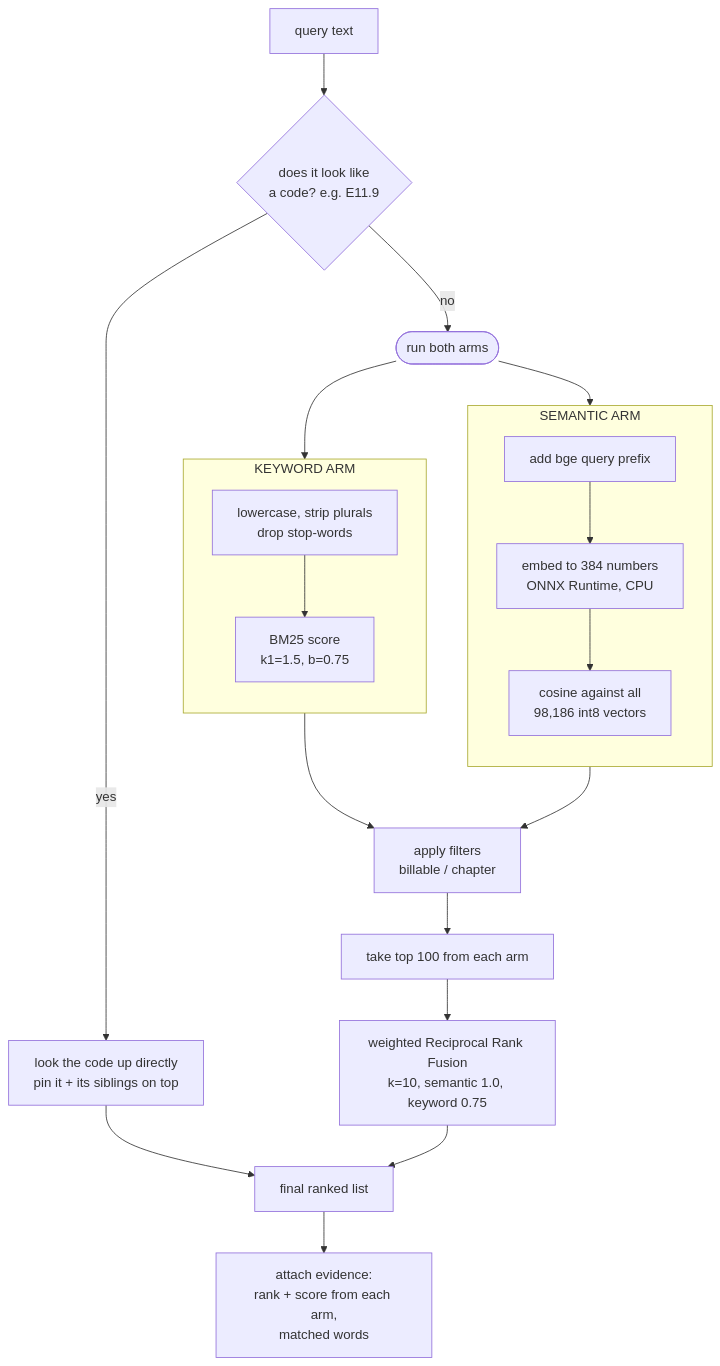
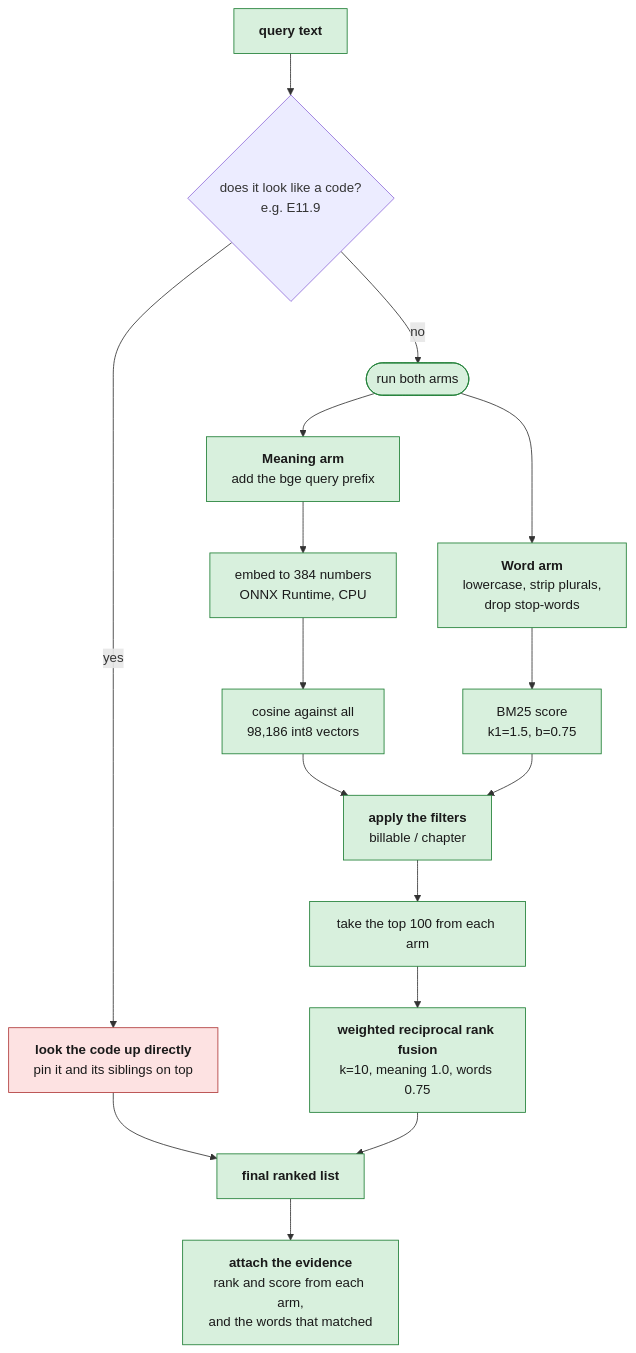
The third of 3 diagrams in README.md (Sudam23/ICD10-Hybrid-Search), drawn with Mermaid before and after one commit. The commit also changed other lines of this file and 5 other files, not shown here.

````diff
--- a/README.md
+++ b/README.md
@@ -129,27 +153,26 @@
 ```mermaid
 flowchart TD
-    A["query text"] --> B{"does it look like<br/>a code? e.g. E11.9"}
-    B -->|yes| C["look the code up directly<br/>pin it + its siblings on top"]
-    B -->|no| D(["run both arms"])
+    A["<b>query text</b>"] --> B{"does it look like a code?<br/>e.g. E11.9"}
+    B -- "yes" --> C["<b>look the code up directly</b><br/>pin it and its siblings on top"]
+    B -- "no" --> D(["run both arms"])
 
-    subgraph SEM["SEMANTIC ARM"]
-        direction TB
-        E1["add bge query prefix"] --> E2["embed to 384 numbers<br/>ONNX Runtime, CPU"]
-        E2 --> E3["cosine against all<br/>98,186 int8 vectors"]
-    end
+    D --> E1["<b>Meaning arm</b><br/>add the bge query prefix"]
+    E1 --> E2["embed to 384 numbers<br/>ONNX Runtime, CPU"]
+    E2 --> E3["cosine against all<br/>98,186 int8 vectors"]
 
-    subgraph KEY["KEYWORD ARM"]
-        direction TB
-        F1["lowercase, strip plurals<br/>drop stop-words"] --> F2["BM25 score<br/>k1=1.5, b=0.75"]
-    end
+    D --> F1["<b>Word arm</b><br/>lowercase, strip plurals,<br/>drop stop-words"]
+    F1 --> F2["BM25 score<br/>k1=1.5, b=0.75"]
 
-    D --> E1
-    D --> F1
-    E3 --> G["apply filters<br/>billable / chapter"]
+    E3 --> G["<b>apply the filters</b><br/>billable / chapter"]
     F2 --> G
-    G --> H["take top 100 from each arm"]
-    H --> I["weighted Reciprocal Rank Fusion<br/>k=10, semantic 1.0, keyword 0.75"]
-    C --> J["final ranked list"]
+    G --> H["take the top 100 from each arm"]
+    H --> I["<b>weighted reciprocal rank fusion</b><br/>k=10, meaning 1.0, words 0.75"]
+    C --> J["<b>final ranked list</b>"]
     I --> J
-    J --> K["attach evidence:<br/>rank + score from each arm,<br/>matched words"]
+    J --> K["<b>attach the evidence</b><br/>rank and score from each arm,<br/>and the words that matched"]
+
+    classDef serve fill:#d8f0dd,stroke:#1e7e34,color:#1a1a1a
+    classDef pin fill:#fde2e2,stroke:#b03a3a,color:#1a1a1a
+    class A,D,E1,E2,E3,F1,F2,G,H,I,J,K serve
+    class C pin
 ```
````
